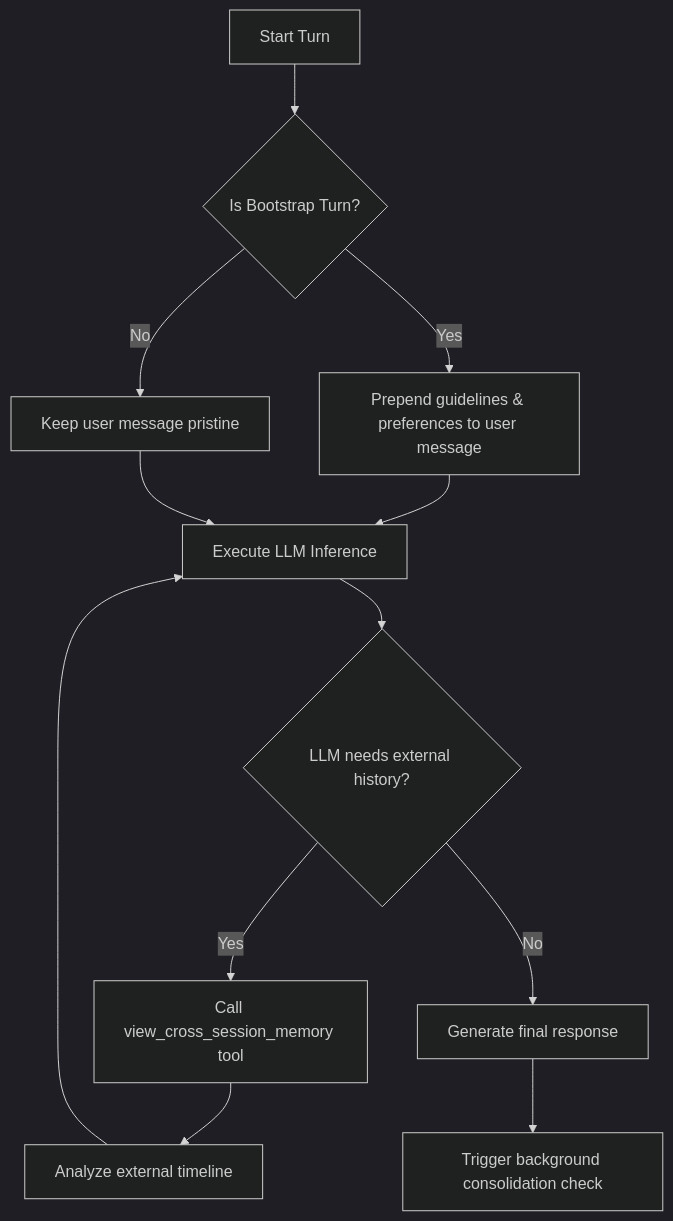
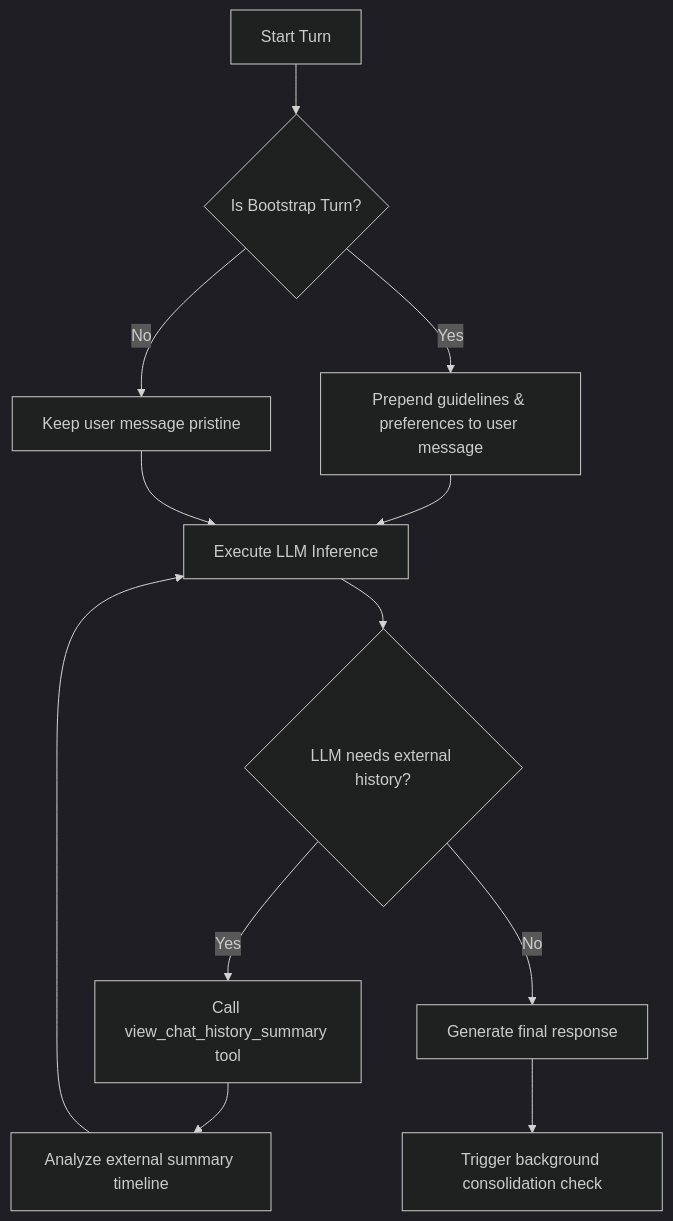
One commit to codescv/kesoku changed the diagram in docs/MEMORY_DESIGN_v2.md. Above: the diagram before and after it, drawn with Mermaid (dark theme). The commit also changed other lines of this file and 5 other files, not shown here.

Commit message:
refactor: rename view_cross_session_memory to view_chat_history_summary and update memo category to be role-scoped

````diff
--- a/docs/MEMORY_DESIGN_v2.md
+++ b/docs/MEMORY_DESIGN_v2.md
@@ -45,14 +45,14 @@
 ```mermaid
 graph TD
     A[Start Turn] --> B{Is Bootstrap Turn?}
     B -- Yes --> C[Prepend guidelines & preferences to user message]
     B -- No --> D[Keep user message pristine]
     C --> E[Execute LLM Inference]
     D --> E
     E --> F{LLM needs external history?}
-    F -- Yes --> G[Call view_cross_session_memory tool]
-    G --> H[Analyze external timeline]
+    F -- Yes --> G[Call view_chat_history_summary tool]
+    G --> H[Analyze external summary timeline]
     H --> E
     F -- No --> I[Generate final response]
     I --> J[Trigger background consolidation check]
 ```
````
